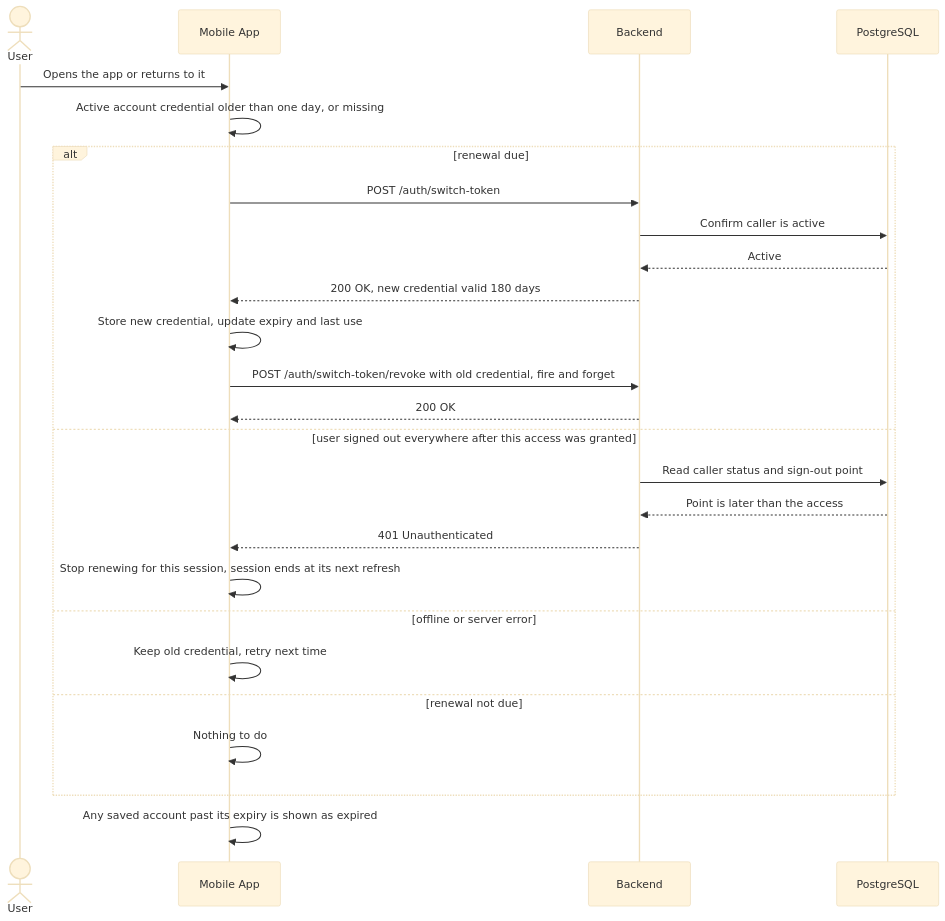
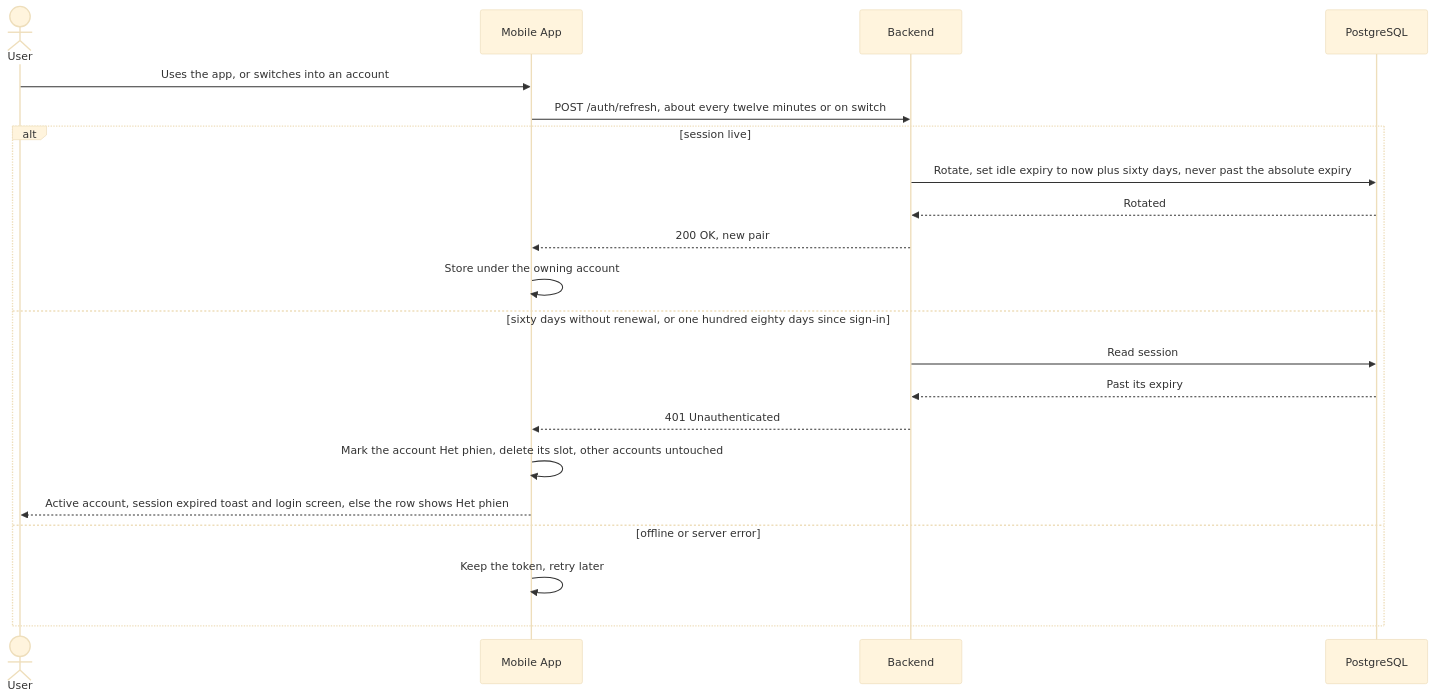
Before and after one commit to tommyledev-gif/pfm: the sixth of 12 diagrams in specs/mobile-account-switch/plan.md, drawn with Mermaid (base theme). The commit also changed other lines of this file and 115 other files, not shown here.

First line of the commit message:
feat: device-bound sessions, signed-in devices, change password, app lock

````diff
--- a/specs/mobile-account-switch/plan.md
+++ b/specs/mobile-account-switch/plan.md
@@ -431,29 +569,24 @@
 ```mermaid
 sequenceDiagram
     actor User
     participant App as Mobile App
     participant BE as Backend
     participant DB as PostgreSQL
 
-    User->>App: Opens the app or returns to it
-    App->>App: Active account credential older than one day, or missing
-    alt renewal due
-        App->>BE: POST /auth/switch-token
-        BE->>DB: Confirm caller is active
-        DB-->>BE: Active
-        BE-->>App: 200 OK, new credential valid 180 days
-        App->>App: Store new credential, update expiry and last use
-        App->>BE: POST /auth/switch-token/revoke with old credential, fire and forget
-        BE-->>App: 200 OK
-    else user signed out everywhere after this access was granted
-        BE->>DB: Read caller status and sign-out point
-        DB-->>BE: Point is later than the access
+    User->>App: Uses the app, or switches into an account
+    App->>BE: POST /auth/refresh, about every twelve minutes or on switch
+    alt session live
+        BE->>DB: Rotate, set idle expiry to now plus sixty days, never past the absolute expiry
+        DB-->>BE: Rotated
+        BE-->>App: 200 OK, new pair
+        App->>App: Store under the owning account
+    else sixty days without renewal, or one hundred eighty days since sign-in
+        BE->>DB: Read session
+        DB-->>BE: Past its expiry
         BE-->>App: 401 Unauthenticated
-        App->>App: Stop renewing for this session, session ends at its next refresh
+        App->>App: Mark the account Het phien, delete its slot, other accounts untouched
+        App-->>User: Active account, session expired toast and login screen, else the row shows Het phien
     else offline or server error
-        App->>App: Keep old credential, retry next time
-    else renewal not due
-        App->>App: Nothing to do
+        App->>App: Keep the token, retry later
     end
-    App->>App: Any saved account past its expiry is shown as expired
 ```
````
